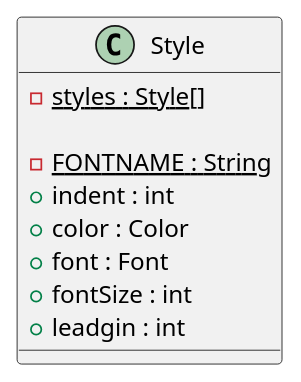
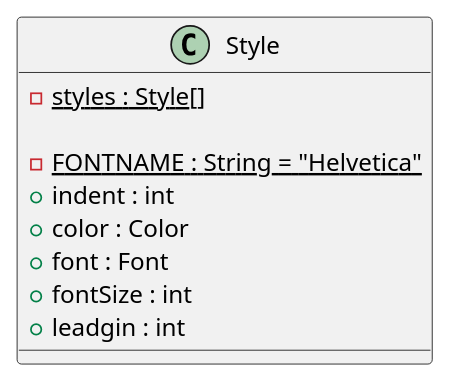
One commit to gabrielrtlima/diagramas-padroes-projeto changed the diagram in classes/Style.puml. Above: the diagram before and after it, drawn with PlantUML. The commit also changed 11 other files, not shown here.

```diff
--- a/classes/Style.puml
+++ b/classes/Style.puml
@@ -1,16 +1,16 @@
 @startuml Style
 
 class Style {
 
   - {static} styles : Style[]
 
-  - {static} FONTNAME : String
+  - {static} FONTNAME : String = "Helvetica"
   + indent : int
   + color : Color
   + font : Font
   + fontSize : int
   + leadgin : int
 
 }
 
 @enduml
```
